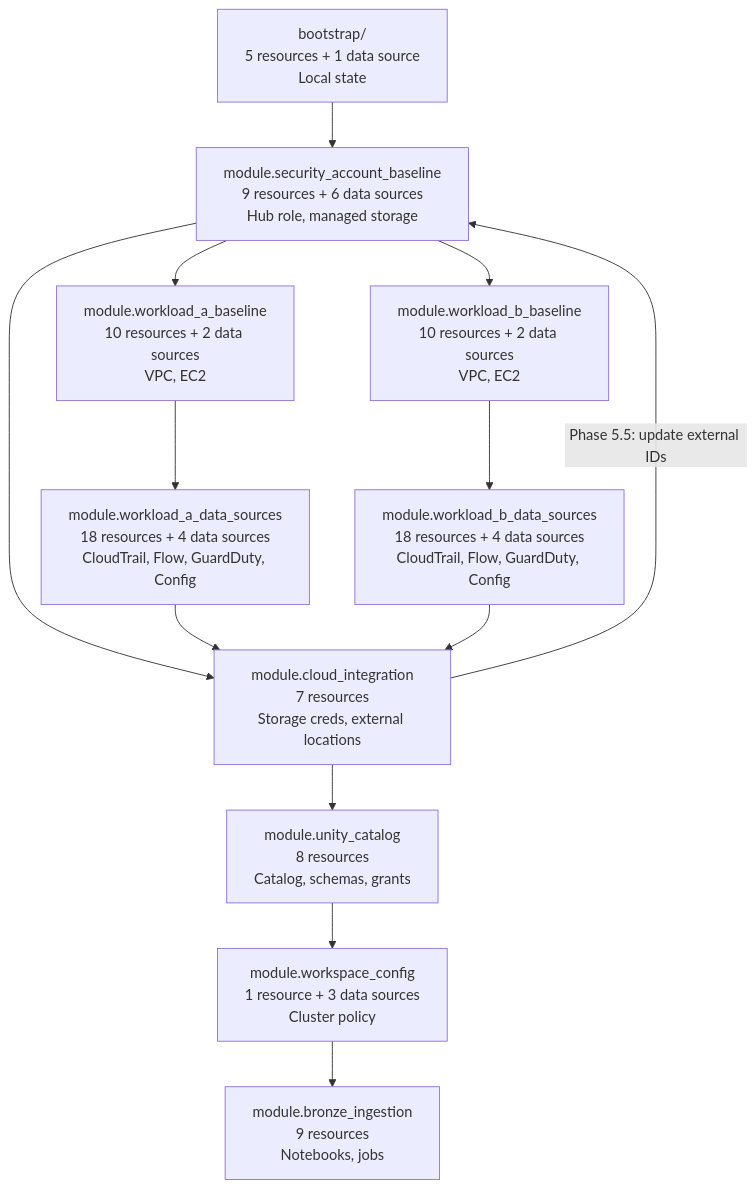
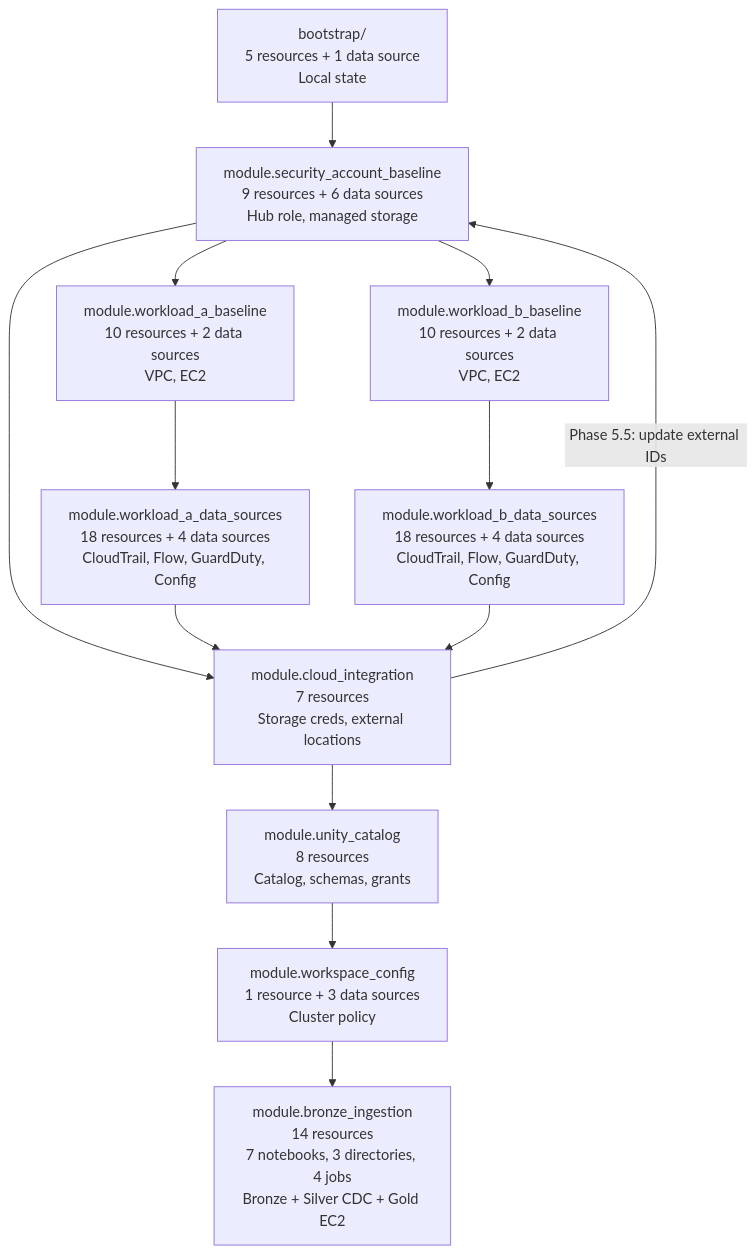
Before and after one commit to snk5125/security-data-platform: the fourth of 4 diagrams in architecture_diagram.md, drawn with Mermaid. The commit also changed other lines of this file and 11 other files, not shown here.

Commit message:
Added silver and gold layers

````diff
--- a/architecture_diagram.md
+++ b/architecture_diagram.md
@@ -223,32 +246,32 @@
 ```mermaid
 graph TD
     BOOT["bootstrap/<br/>5 resources + 1 data source<br/>Local state"]
 
     SAB["module.security_account_baseline<br/>9 resources + 6 data sources<br/>Hub role, managed storage"]
 
     WAB["module.workload_a_baseline<br/>10 resources + 2 data sources<br/>VPC, EC2"]
 
     WBB["module.workload_b_baseline<br/>10 resources + 2 data sources<br/>VPC, EC2"]
 
     WADS["module.workload_a_data_sources<br/>18 resources + 4 data sources<br/>CloudTrail, Flow, GuardDuty, Config"]
 
     WBDS["module.workload_b_data_sources<br/>18 resources + 4 data sources<br/>CloudTrail, Flow, GuardDuty, Config"]
 
     CI["module.cloud_integration<br/>7 resources<br/>Storage creds, external locations"]
 
     UC["module.unity_catalog<br/>8 resources<br/>Catalog, schemas, grants"]
 
     WC["module.workspace_config<br/>1 resource + 3 data sources<br/>Cluster policy"]
 
-    BI["module.bronze_ingestion<br/>9 resources<br/>Notebooks, jobs"]
+    BI["module.bronze_ingestion<br/>14 resources<br/>7 notebooks, 3 directories, 4 jobs<br/>Bronze + Silver CDC + Gold EC2"]
 
     BOOT --> SAB
     SAB --> WAB & WBB
     WAB --> WADS
     WBB --> WBDS
     SAB & WADS & WBDS --> CI
     CI -->|"Phase 5.5: update external IDs"| SAB
     CI --> UC
     UC --> WC
     WC --> BI
 ```
````
